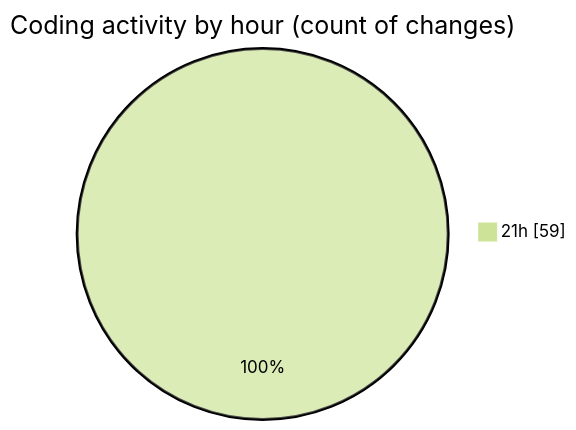
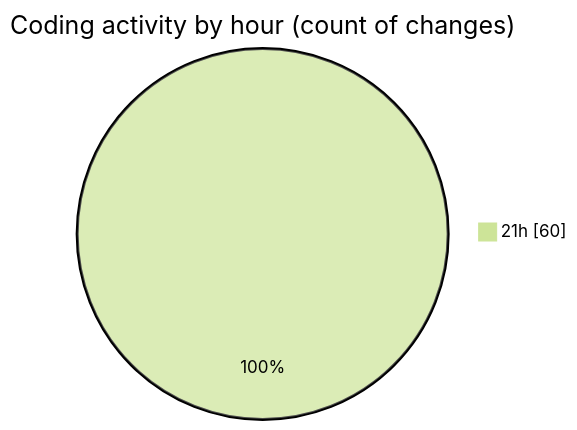
Before and after one commit to Ritupan-Deka/code-tracking: the second of 2 diagrams in 2025-10-15/scopecraft/README.md, drawn with Mermaid (forest theme). The commit also changed other lines of this file and 1 other file, not shown here.

````diff
--- a/2025-10-15/scopecraft/README.md
+++ b/2025-10-15/scopecraft/README.md
@@ -30,5 +30,5 @@
 ```mermaid
 pie showData
 title Coding activity by hour (count of changes)
-"21h" : 59
+"21h" : 60
 ```
````
